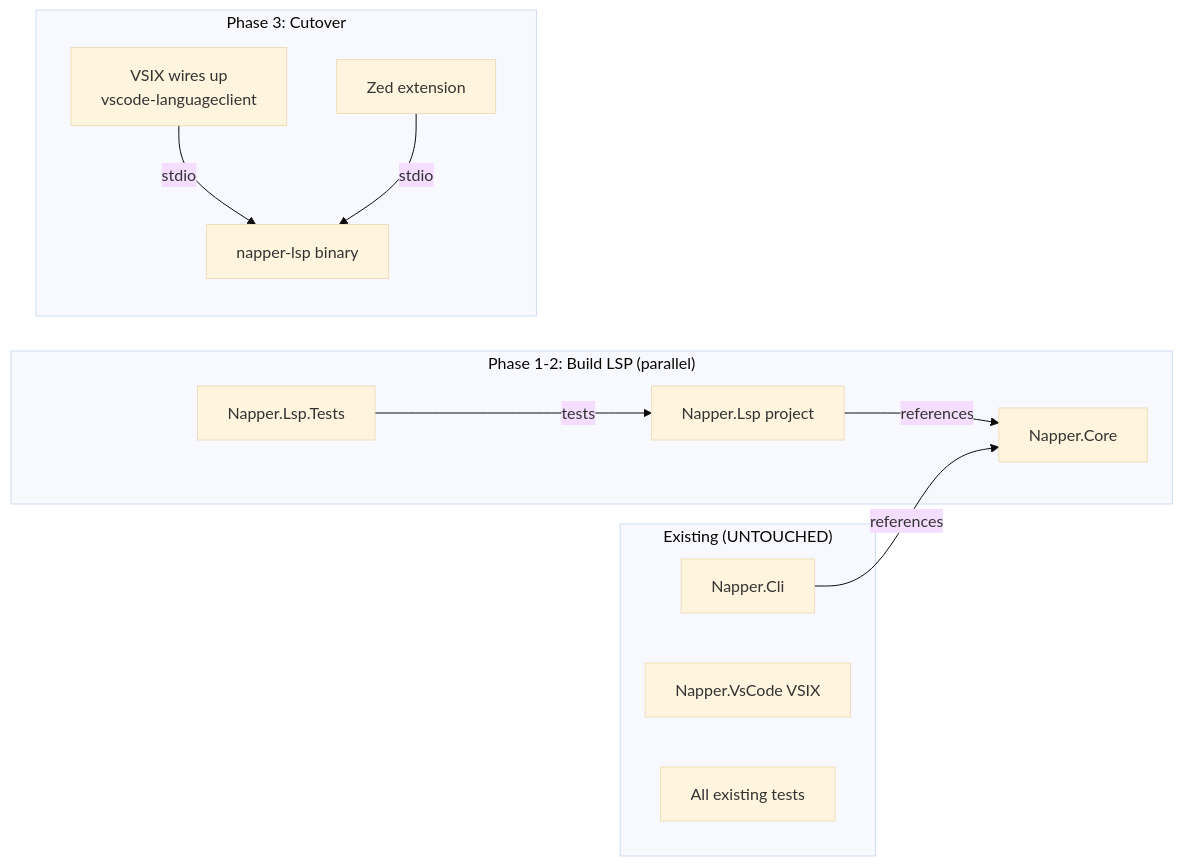
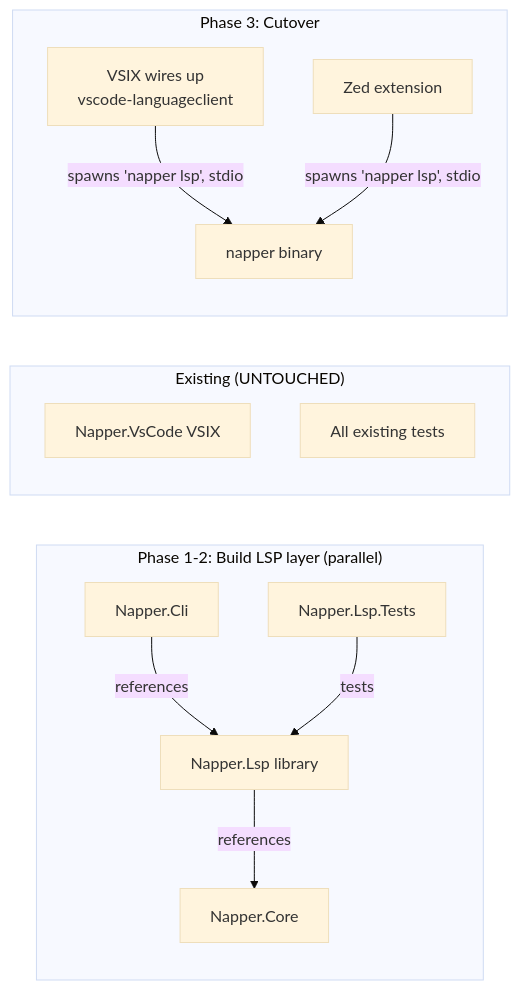
The first of 3 diagrams in docs/plans/LSP-PLAN.md (MelbourneDeveloper/napper), drawn with Mermaid (base theme) before and after one commit. The commit also changed other lines of this file and 6 other files, not shown here.

````diff
--- a/docs/plans/LSP-PLAN.md
+++ b/docs/plans/LSP-PLAN.md
@@ -25,18 +27,18 @@
 ```mermaid
 graph LR
-    subgraph "Phase 1-2: Build LSP (parallel)"
-        LSP[Napper.Lsp project] -->|references| CORE[Napper.Core]
+    subgraph "Phase 1-2: Build LSP layer (parallel)"
+        LSP[Napper.Lsp library] -->|references| CORE[Napper.Core]
+        CLI[Napper.Cli] -->|references| LSP
         LSPT[Napper.Lsp.Tests] -->|tests| LSP
     end
 
     subgraph "Existing (UNTOUCHED)"
-        CLI[Napper.Cli] -->|references| CORE
         VSIX[Napper.VsCode VSIX]
         TESTS[All existing tests]
     end
 
     subgraph "Phase 3: Cutover"
-        VSIX2[VSIX wires up<br/>vscode-languageclient] -->|stdio| LSP2[napper-lsp binary]
-        ZED[Zed extension] -->|stdio| LSP2
+        VSIX2[VSIX wires up<br/>vscode-languageclient] -->|spawns 'napper lsp', stdio| NAPPER[napper binary]
+        ZED[Zed extension] -->|spawns 'napper lsp', stdio| NAPPER
     end
 ```
````
